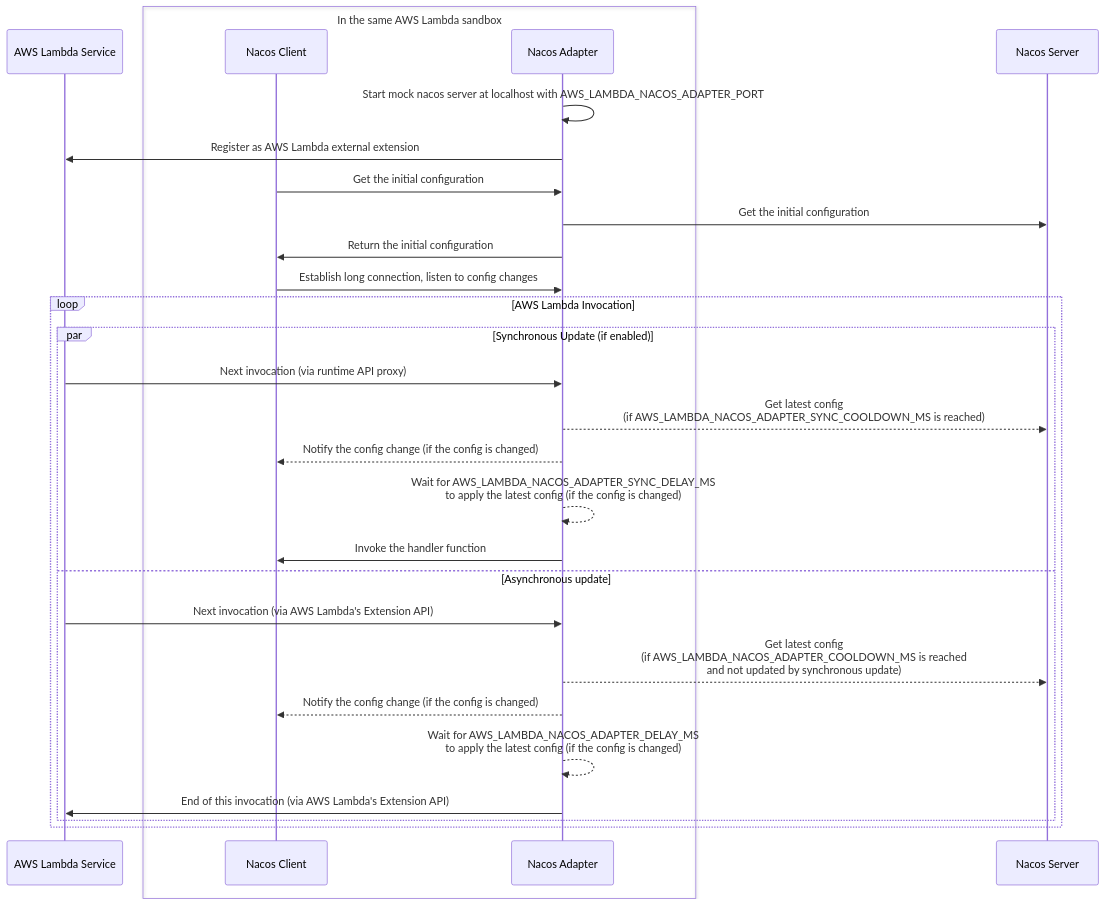
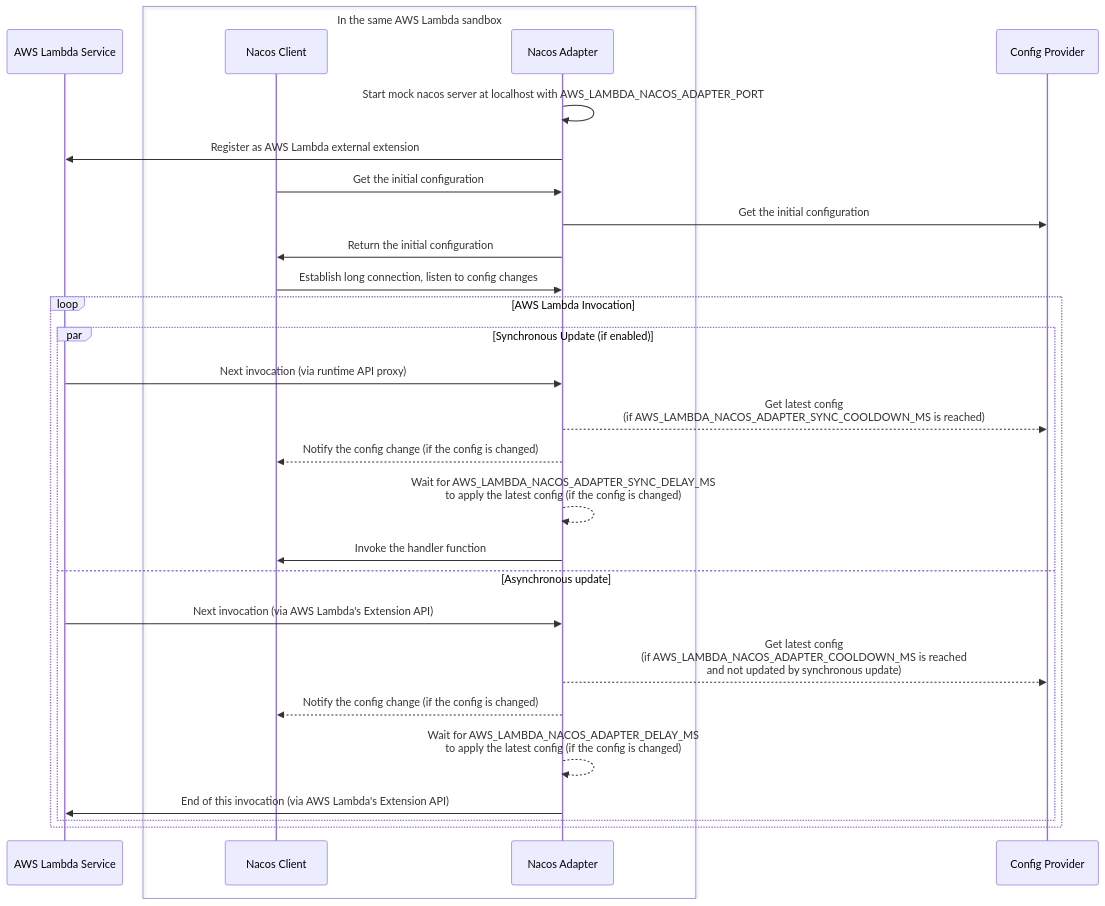
Before and after one commit to aws-samples/nacos-adapter-demo-on-aws-lambda: the diagram in README.md, drawn with Mermaid. The commit also changed other lines of this file, not shown here.

````diff
--- a/README.md
+++ b/README.md
@@ -78,32 +93,32 @@
 ```mermaid
 sequenceDiagram
   participant L as AWS Lambda Service
   participant C as Nacos Client
   participant A as Nacos Adapter
-  participant S as Nacos Server
+  participant S as Config Provider
   box In the same AWS Lambda sandbox
     participant C
     participant A
   end
   A->>A: Start mock nacos server at localhost with AWS_LAMBDA_NACOS_ADAPTER_PORT
   A->>L: Register as AWS Lambda external extension
   C->>A: Get the initial configuration
   A->>S: Get the initial configuration
   A->>C: Return the initial configuration
   C->>A: Establish long connection, listen to config changes
   loop AWS Lambda Invocation
     par Synchronous Update (if enabled)
       L->>A: Next invocation (via runtime API proxy)
       A-->>S: Get latest config <br/> (if AWS_LAMBDA_NACOS_ADAPTER_SYNC_COOLDOWN_MS is reached)
       A-->>C: Notify the config change (if the config is changed)
       A-->>A: Wait for AWS_LAMBDA_NACOS_ADAPTER_SYNC_DELAY_MS <br/> to apply the latest config (if the config is changed)
       A->>C: Invoke the handler function
     and Asynchronous update
       L->>A: Next invocation (via AWS Lambda's Extension API)
       A-->>S: Get latest config <br/> (if AWS_LAMBDA_NACOS_ADAPTER_COOLDOWN_MS is reached <br/> and not updated by synchronous update)
       A-->>C: Notify the config change (if the config is changed)
       A-->>A: Wait for AWS_LAMBDA_NACOS_ADAPTER_DELAY_MS <br/> to apply the latest config (if the config is changed)
       A->>L: End of this invocation (via AWS Lambda's Extension API)
     end
   end
 ```
````
